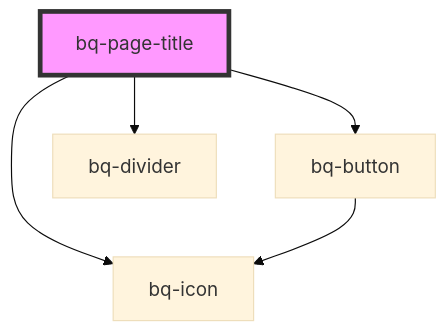
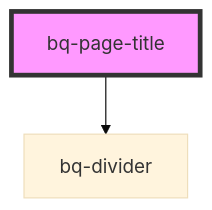
Before and after one commit to Endava/BEEQ: the diagram in packages/beeq/src/components/page-title/readme.md, drawn with Mermaid (base theme). The commit also changed other lines of this file and 5 other files, not shown here.

````diff
--- a/packages/beeq/src/components/page-title/readme.md
+++ b/packages/beeq/src/components/page-title/readme.md
@@ -50,8 +30,5 @@
 ```mermaid
 graph TD;
-  bq-page-title --> bq-button
-  bq-page-title --> bq-icon
   bq-page-title --> bq-divider
-  bq-button --> bq-icon
   style bq-page-title fill:#f9f,stroke:#333,stroke-width:4px
 ```
````
